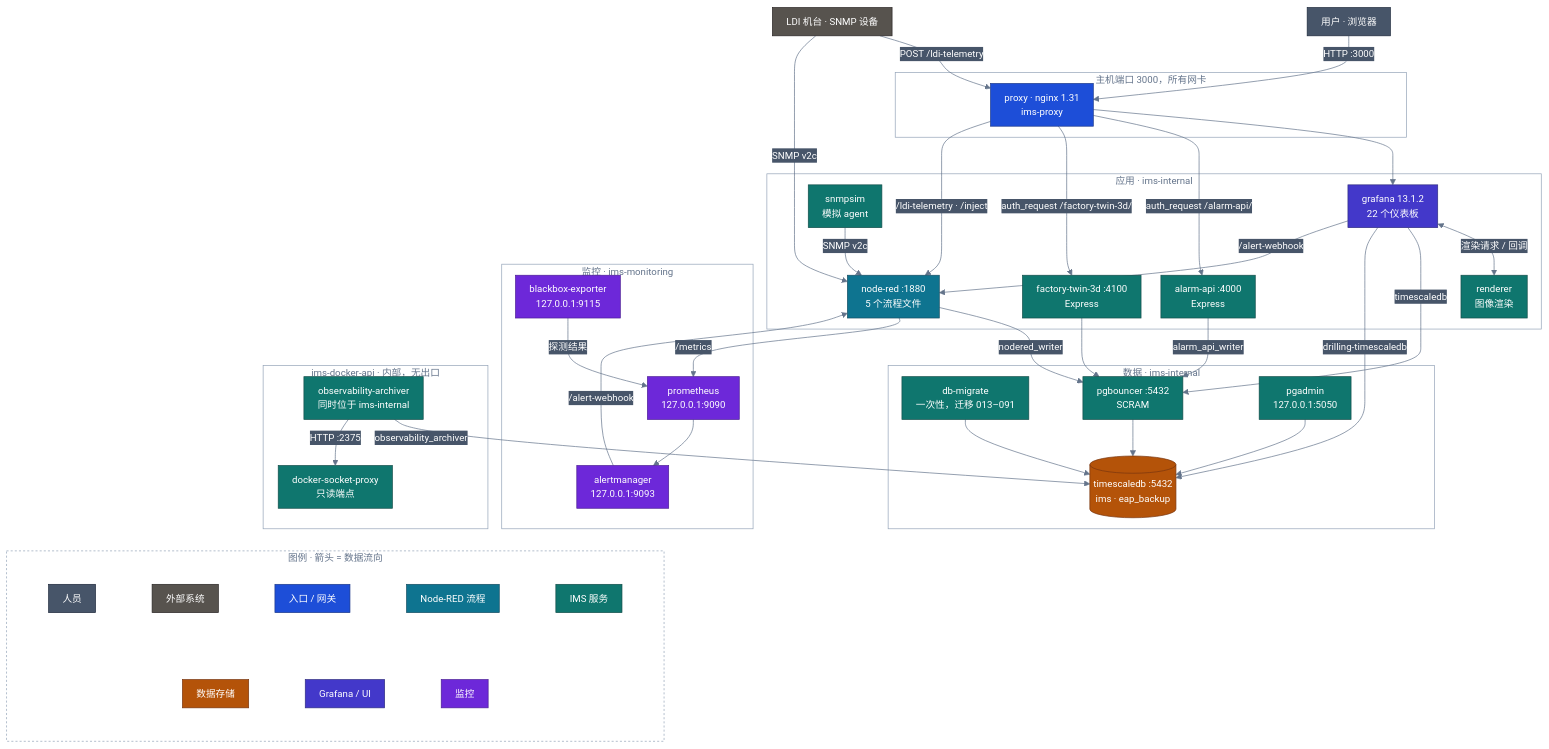
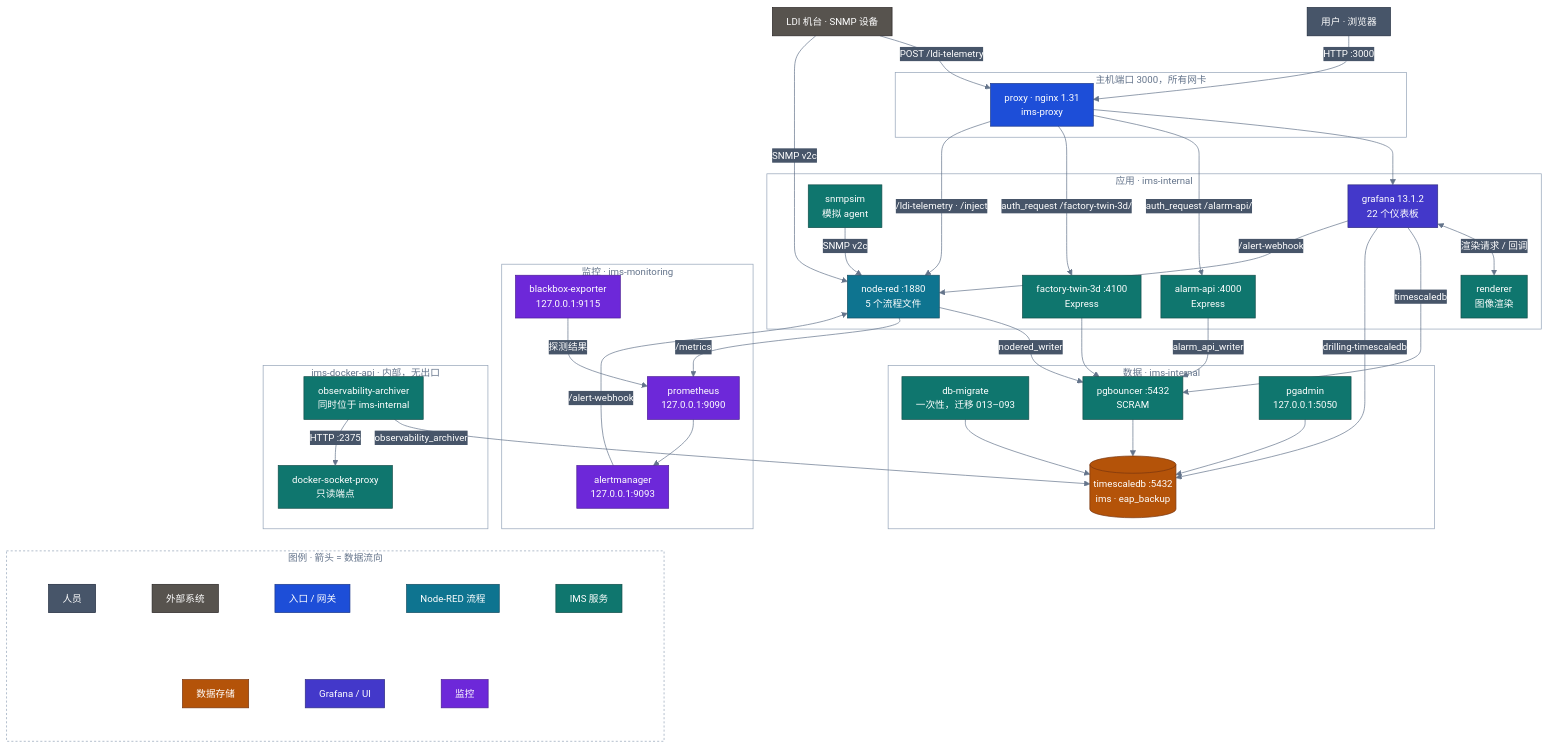
Before and after one commit to PATTANAKORN025/IMS: the second of 8 diagrams in zh-CN/docs/architecture/ARCHITECTURE_DIAGRAM.md, drawn with Mermaid. The commit also changed 24 other files, not shown here.

```diff
--- a/zh-CN/docs/architecture/ARCHITECTURE_DIAGRAM.md
+++ b/zh-CN/docs/architecture/ARCHITECTURE_DIAGRAM.md
@@ -106,7 +106,7 @@
   end
 
   subgraph DATA["数据 · ims-internal"]
-    MIG["db-migrate<br/>一次性，迁移 013–091"]:::app
+    MIG["db-migrate<br/>一次性，迁移 013–093"]:::app
     PGB["pgbouncer :5432<br/>SCRAM"]:::app
     TSDB[("timescaledb :5432<br/>ims · eap_backup")]:::store
     PGADMIN["pgadmin<br/>127.0.0.1:5050"]:::app
```
